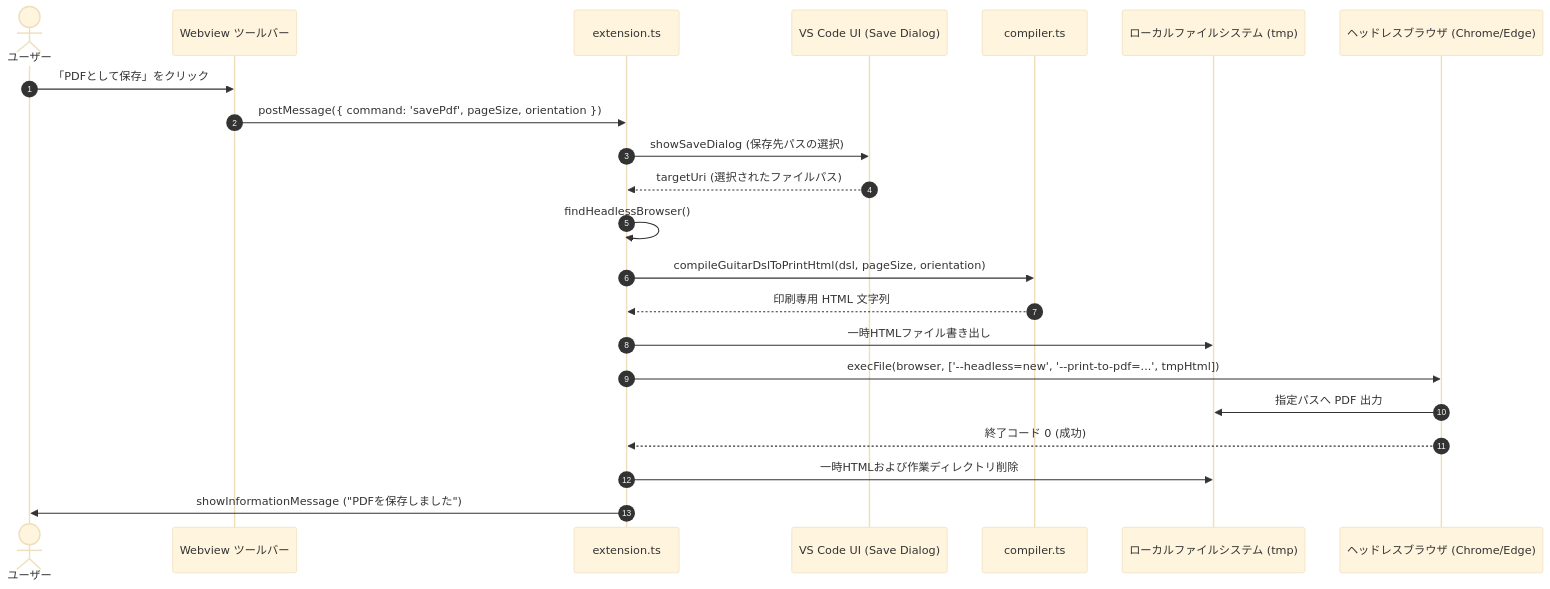
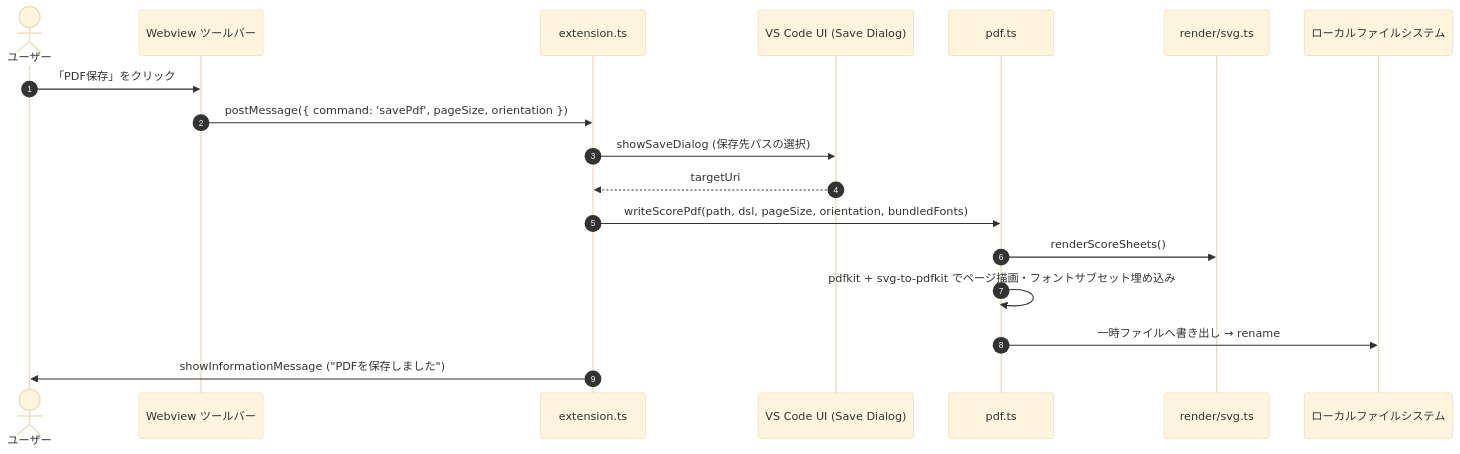
The third of 3 diagrams in docs/design/architecture.md (puchinya/vscode-guitar-dsl), drawn with Mermaid (base theme) before and after one commit. The commit also changed other lines of this file and 21 other files, not shown here.

````diff
--- a/docs/design/architecture.md
+++ b/docs/design/architecture.md
@@ -162,25 +185,21 @@
 ```mermaid
 sequenceDiagram
     autonumber
     actor User as ユーザー
     participant WV as Webview ツールバー
     participant Ext as extension.ts
     participant Dialog as VS Code UI (Save Dialog)
-    participant Comp as compiler.ts
-    participant FS as ローカルファイルシステム (tmp)
-    participant Chrome as ヘッドレスブラウザ (Chrome/Edge)
+    participant Pdf as pdf.ts
+    participant Svg as render/svg.ts
+    participant FS as ローカルファイルシステム
 
-    User->>WV: 「PDFとして保存」をクリック
+    User->>WV: 「PDF保存」をクリック
     WV->>Ext: postMessage({ command: 'savePdf', pageSize, orientation })
     Ext->>Dialog: showSaveDialog (保存先パスの選択)
-    Dialog-->>Ext: targetUri (選択されたファイルパス)
-    Ext->>Ext: findHeadlessBrowser()
-    Ext->>Comp: compileGuitarDslToPrintHtml(dsl, pageSize, orientation)
-    Comp-->>Ext: 印刷専用 HTML 文字列
-    Ext->>FS: 一時HTMLファイル書き出し
-    Ext->>Chrome: execFile(browser, ['--headless=new', '--print-to-pdf=...', tmpHtml])
-    Chrome->>FS: 指定パスへ PDF 出力
-    Chrome-->>Ext: 終了コード 0 (成功)
-    Ext->>FS: 一時HTMLおよび作業ディレクトリ削除
+    Dialog-->>Ext: targetUri
+    Ext->>Pdf: writeScorePdf(path, dsl, pageSize, orientation, bundledFonts)
+    Pdf->>Svg: renderScoreSheets()
+    Pdf->>Pdf: pdfkit + svg-to-pdfkit でページ描画・フォントサブセット埋め込み
+    Pdf->>FS: 一時ファイルへ書き出し → rename
     Ext->>User: showInformationMessage ("PDFを保存しました")
 ```
````
